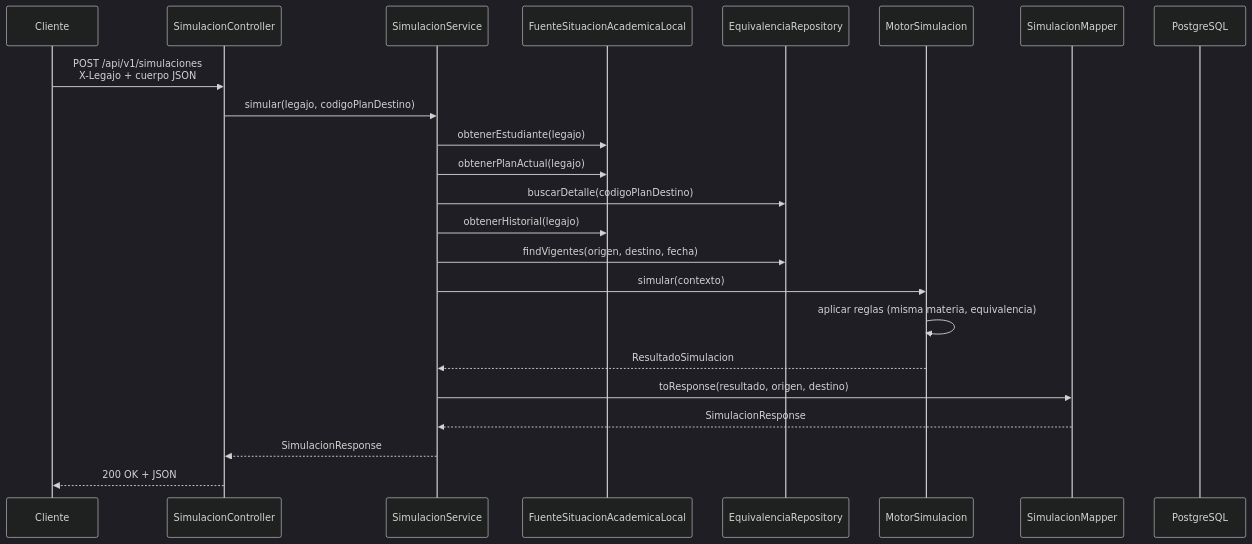
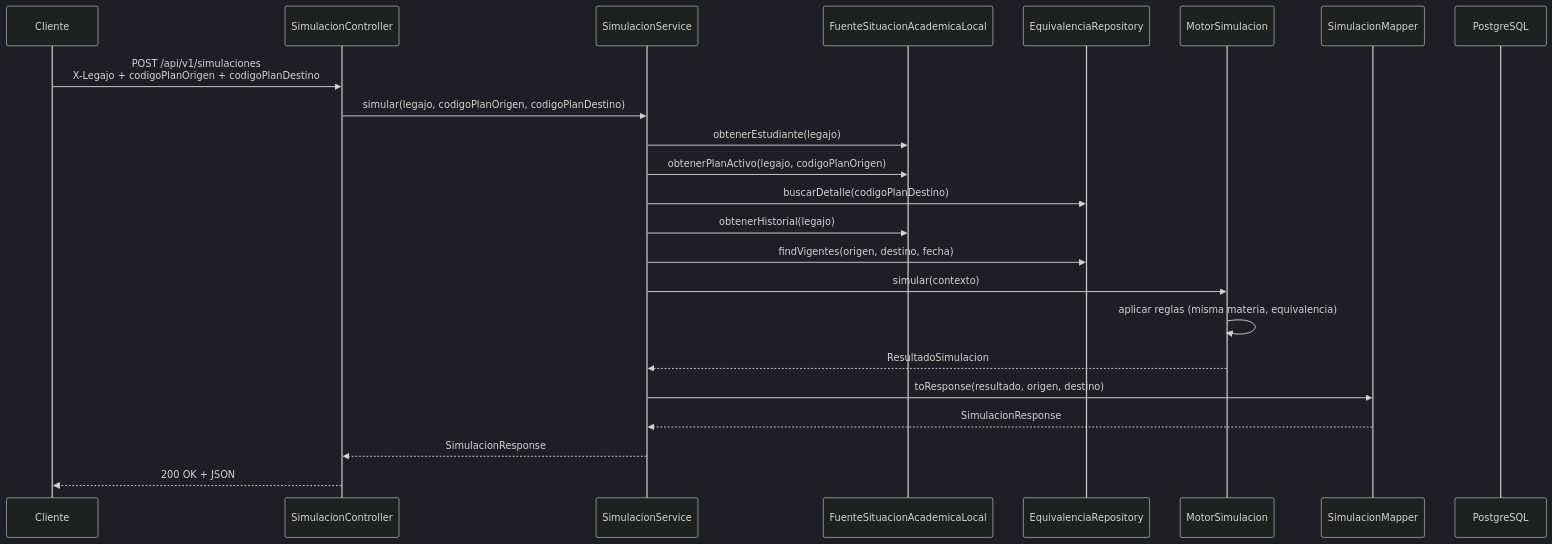
Before and after one commit to rgabriel2002/modulo-migraciones-uade: the second of 2 diagrams in docs/arquitectura.md, drawn with Mermaid (dark theme). The commit also changed 72 other files, not shown here.

````diff
--- a/docs/arquitectura.md
+++ b/docs/arquitectura.md
@@ -95,26 +95,26 @@
 ```mermaid
 sequenceDiagram
     participant C as Cliente
     participant CTL as SimulacionController
     participant SVC as SimulacionService
     participant FUENTE as FuenteSituacionAcademicaLocal
     participant REPO as EquivalenciaRepository
     participant MOTOR as MotorSimulacion
     participant MAP as SimulacionMapper
     participant DB as PostgreSQL
 
-    C->>CTL: POST /api/v1/simulaciones<br/>X-Legajo + cuerpo JSON
-    CTL->>SVC: simular(legajo, codigoPlanDestino)
+    C->>CTL: POST /api/v1/simulaciones<br/>X-Legajo + codigoPlanOrigen + codigoPlanDestino
+    CTL->>SVC: simular(legajo, codigoPlanOrigen, codigoPlanDestino)
     SVC->>FUENTE: obtenerEstudiante(legajo)
-    SVC->>FUENTE: obtenerPlanActual(legajo)
+    SVC->>FUENTE: obtenerPlanActivo(legajo, codigoPlanOrigen)
     SVC->>REPO: buscarDetalle(codigoPlanDestino)
     SVC->>FUENTE: obtenerHistorial(legajo)
     SVC->>REPO: findVigentes(origen, destino, fecha)
     SVC->>MOTOR: simular(contexto)
     MOTOR->>MOTOR: aplicar reglas (misma materia, equivalencia)
     MOTOR-->>SVC: ResultadoSimulacion
     SVC->>MAP: toResponse(resultado, origen, destino)
     MAP-->>SVC: SimulacionResponse
     SVC-->>CTL: SimulacionResponse
     CTL-->>C: 200 OK + JSON
 ```
````
